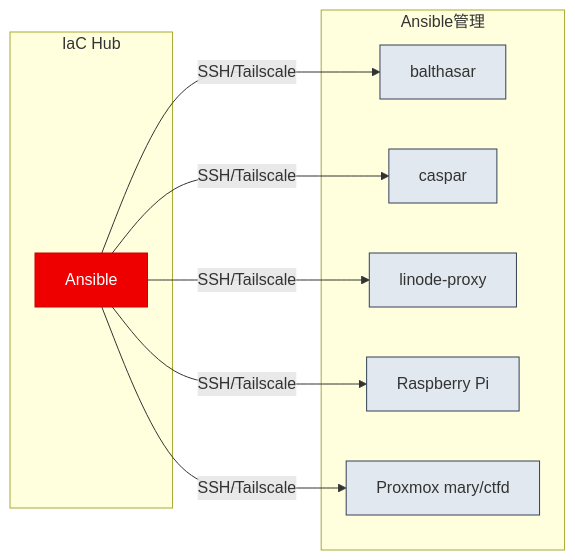
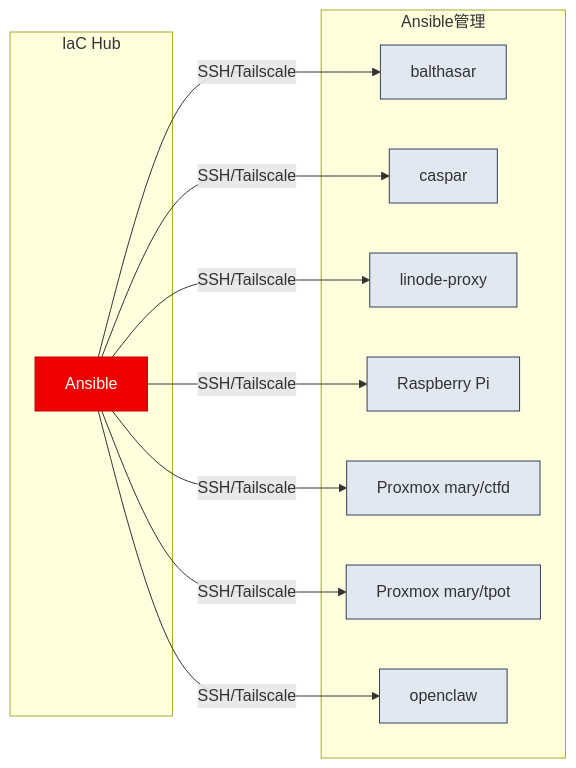
The diagram in README.md (yamisskey-dev/yamisskey-provision), drawn with Mermaid before and after one commit. The commit also changed other lines of this file and 2 other files, not shown here.

````diff
--- a/README.md
+++ b/README.md
@@ -14,19 +26,21 @@
 ```mermaid
 graph LR
     classDef ansible fill:#ee0000,stroke:#cc0000,color:#fff
     classDef target fill:#e2e8f0,stroke:#334155
 
     subgraph iac[IaC Hub]
         ansible[Ansible]:::ansible
     end
 
     subgraph ansible_targets[Ansible管理]
         balthasar:::target
         caspar:::target
         linode_prox[linode-proxy]:::target
         rpi[Raspberry Pi]:::target
         ctfd[Proxmox mary/ctfd]:::target
+        tpot[Proxmox mary/tpot]:::target
+        openclaw:::target
     end
 
-    ansible -->|SSH/Tailscale| balthasar & caspar & linode_prox & rpi & ctfd
+    ansible -->|SSH/Tailscale| balthasar & caspar & linode_prox & rpi & ctfd & tpot & openclaw
 ```
````
